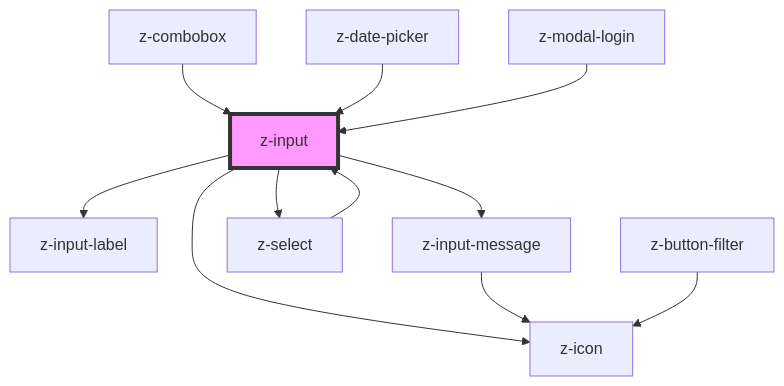
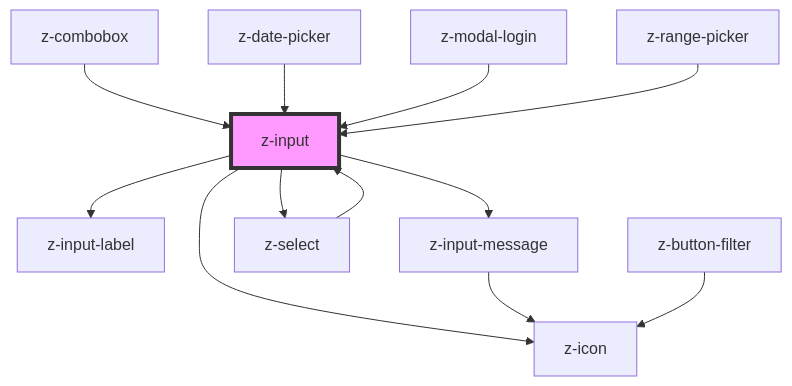
The diagram in src/components/inputs/z-input/readme.md (ZanichelliEditore/design-system), drawn with Mermaid before and after one commit. The commit also changed other lines of this file and 13 other files, not shown here.

Commit message:
chore(z-range-picker): refactor

````diff
--- a/src/components/inputs/z-input/readme.md
+++ b/src/components/inputs/z-input/readme.md
@@ -212,14 +213,15 @@
 ```mermaid
 graph TD;
   z-input --> z-input-label
   z-input --> z-icon
   z-input --> z-input-message
   z-input --> z-select
   z-input-message --> z-icon
   z-select --> z-input
   z-button-filter --> z-icon
   z-combobox --> z-input
   z-date-picker --> z-input
   z-modal-login --> z-input
+  z-range-picker --> z-input
   style z-input fill:#f9f,stroke:#333,stroke-width:4px
 ```
````
